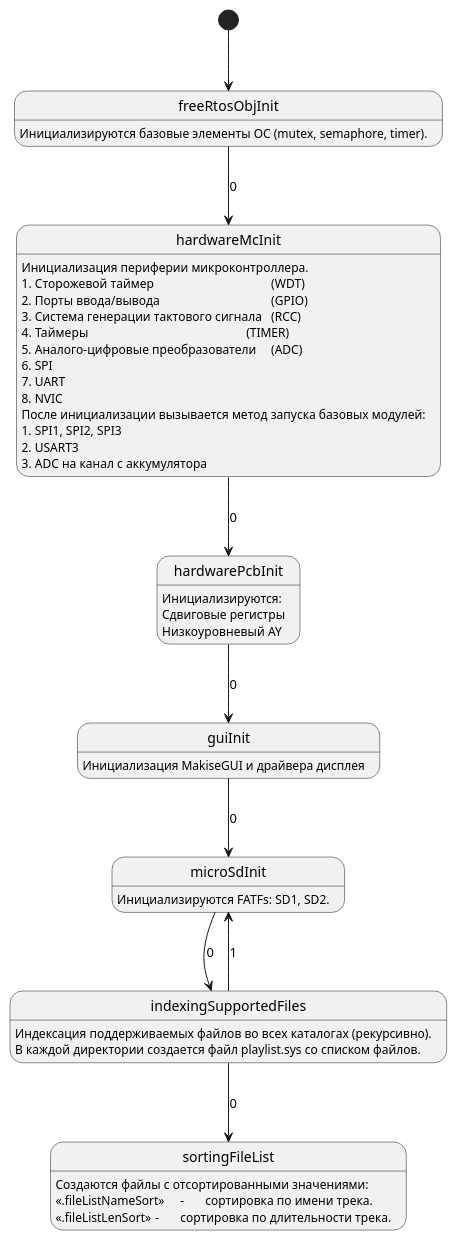
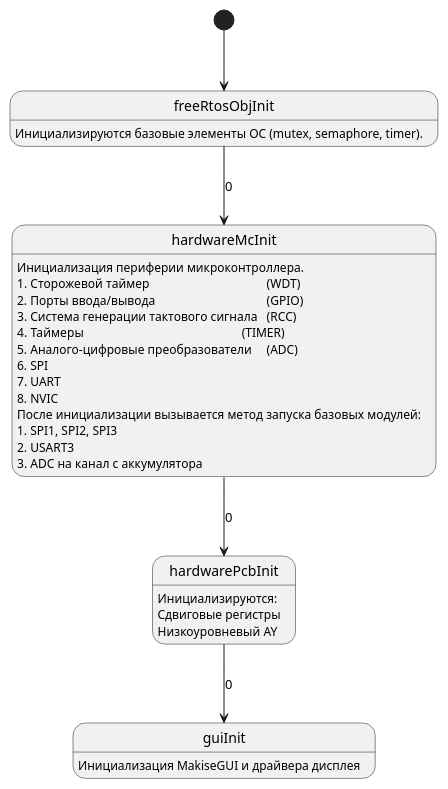
Before and after one commit to Vadimatorik/ChiptunePlayer-2.22: the diagram in user_code/fsm/tree/ayplayer_init_fsm.pu, drawn with PlantUML. The commit also changed 10 other files, not shown here.

```diff
--- a/user_code/fsm/tree/ayplayer_init_fsm.pu
+++ b/user_code/fsm/tree/ayplayer_init_fsm.pu
@@ -4,63 +4,41 @@
 @startuml
 
 [*] --> s0
 
 state "freeRtosObjInit" as s0 {
 s0:Инициализируются базовые элементы ОС (mutex, semaphore, timer).
 }
 
 s0 --> s1								: 0
 
 state "hardwareMcInit" as s1 {
 s1: Инициализация периферии микроконтроллера.
 s1:1. Сторожевой таймер\t\t\t\t\t(WDT)
 s1:2. Порты ввода/вывода\t\t\t\t\t(GPIO)
 s1:3. Система генерации тактового сигнала\t(RCC)
 s1:4. Таймеры\t\t\t\t\t\t\t(TIMER)
 s1:5. Аналого-цифровые преобразователи\t(ADC)
 s1:6. SPI
 s1:7. UART
 s1:8. NVIC
 s1:После инициализации вызывается метод запуска базовых модулей:
 s1:1. SPI1, SPI2, SPI3
 s1:2. USART3
 s1:3. ADC на канал с аккумулятора
 }
 
 s1 --> s2								: 0
 
 state "hardwarePcbInit" as s2 {
 s2:Инициализируются:
 s2:Сдвиговые регистры
 s2:Низкоуровневый AY
 }
 
 s2 --> s3								: 0
 
 state "guiInit" as s3 {
 s3:Инициализация MakiseGUI и драйвера дисплея
 }
 
-s3 --> s4								: 0
-
-state "microSdInit" as s4 {
-s4:Инициализируются FATFs: SD1, SD2.
-}
-
-s4 --> s5								: 0
-
-state "indexingSupportedFiles" as s5 {
-s5:Индексация поддерживаемых файлов во всех каталогах (рекурсивно).
-s5:В каждой директории создается файл playlist.sys со списком файлов.
-}
-
-s5 --> s6								: 0
-s5 --> s4								: 1
-
-state "sortingFileList" as s6 {
-s6:Создаются файлы с отсортированными значениями:
-s6:<<.fileListNameSort>>\t-\tсортировка по имени трека.
-s6:<<.fileListLenSort>>\t-\tсортировка по длительности трека.
-}
-
 @enduml
```
